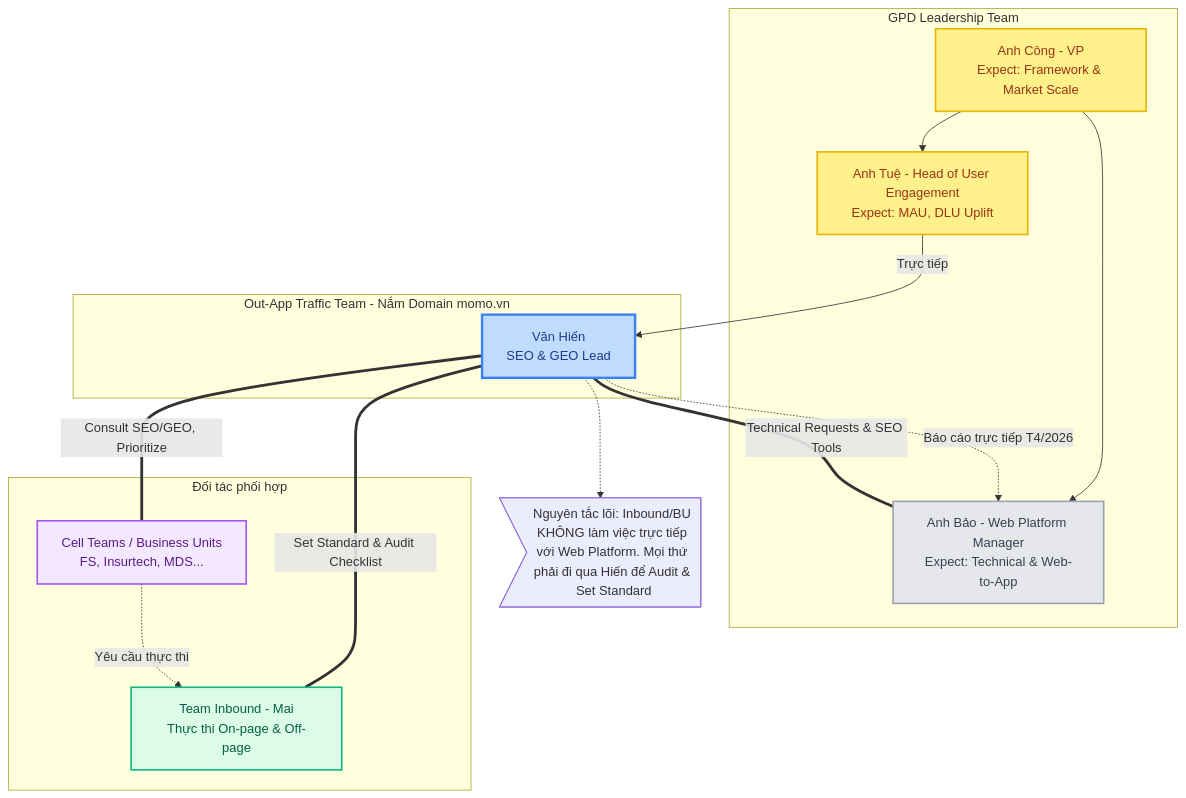
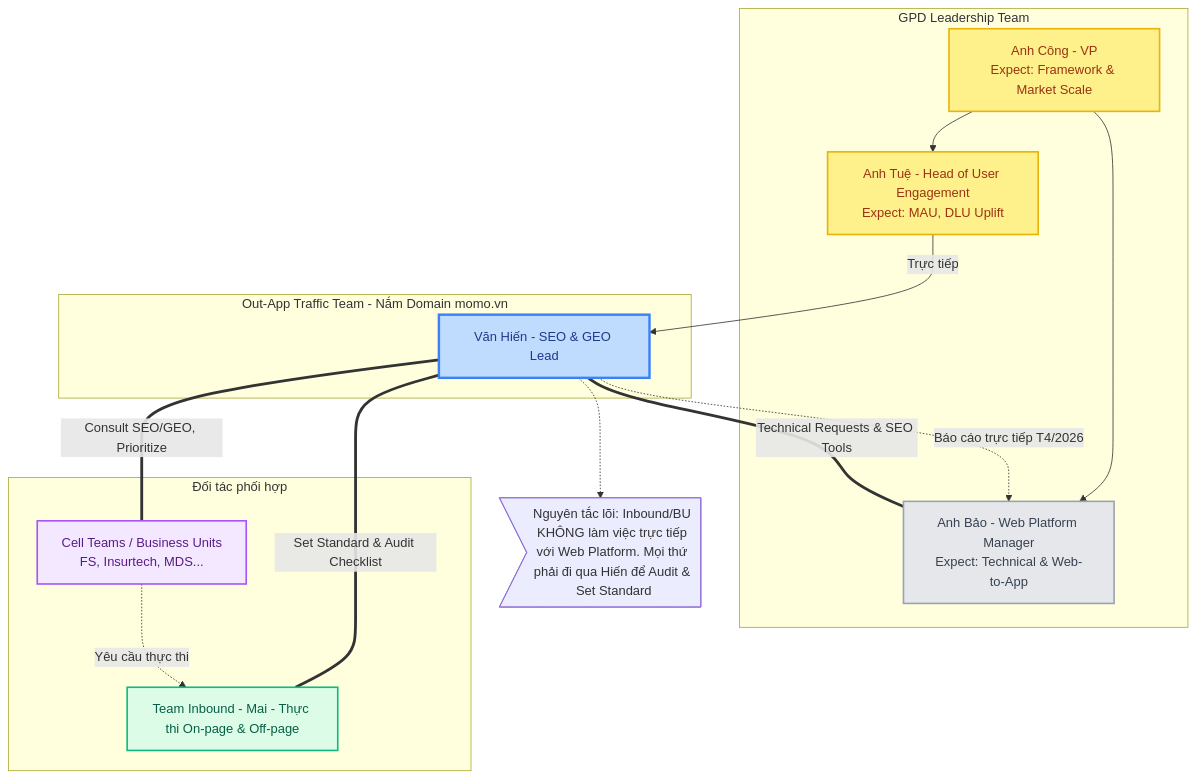
One commit to vanhien26/hienho-knowledgebase changed the first of 2 diagrams in 00_About-me/hienho-momo-master-doc.md. Above: the diagram before and after it, drawn with Mermaid. The commit also changed other lines of this file and 5 other files, not shown here.

````diff
--- a/00_About-me/hienho-momo-master-doc.md
+++ b/00_About-me/hienho-momo-master-doc.md
@@ -148,42 +95,42 @@
 ```mermaid
 flowchart TD
     %% Define styles
     classDef leadership fill:#fef08a,stroke:#eab308,stroke-width:2px,color:#9a3412
     classDef hien fill:#bfdbfe,stroke:#3b82f6,stroke-width:3px,color:#1e3a8a
     classDef tech fill:#e5e7eb,stroke:#9ca3af,stroke-width:2px,color:#374151
     classDef inbound fill:#dcfce7,stroke:#10b981,stroke-width:2px,color:#065f46
     classDef bu fill:#f3e8ff,stroke:#a855f7,stroke-width:2px,color:#581c87
     
     subgraph Leadership[GPD Leadership Team]
         Cong[Anh Công - VP\nExpect: Framework & Market Scale]:::leadership
         Tue[Anh Tuệ - Head of User Engagement\nExpect: MAU, DLU Uplift]:::leadership
         Bao[Anh Bảo - Web Platform Manager\nExpect: Technical & Web-to-App]:::tech
         
         Cong --> Tue
         Cong --> Bao
     end
 
     subgraph OutApp[Out-App Traffic Team - Nắm Domain momo.vn]
-        Hien[Văn Hiến\nSEO & GEO Lead]:::hien
+        Hien[Văn Hiến - SEO & GEO Lead]:::hien
     end
     
     %% Reporting lines
     Tue -->|Trực tiếp| Hien
     Hien -.->|Báo cáo trực tiếp T4/2026| Bao
 
     subgraph Stakeholders[Đối tác phối hợp]
-        Inbound[Team Inbound - Mai\nThực thi On-page & Off-page]:::inbound
+        Inbound[Team Inbound - Mai - Thực thi On-page & Off-page]:::inbound
         BU[Cell Teams / Business Units\nFS, Insurtech, MDS...]:::bu
     end
 
     %% Interactions
     Hien ===|Technical Requests & SEO Tools| Bao
     Hien ===|Set Standard & Audit Checklist| Inbound
     Hien ===|Consult SEO/GEO, Prioritize| BU
     
     BU -.->|Yêu cầu thực thi| Inbound
     
     %% Note
     note1>Nguyên tắc lõi: Inbound/BU KHÔNG làm việc trực tiếp với Web Platform. Mọi thứ phải đi qua Hiến để Audit & Set Standard]
     Hien -.-> note1
 ```
````
